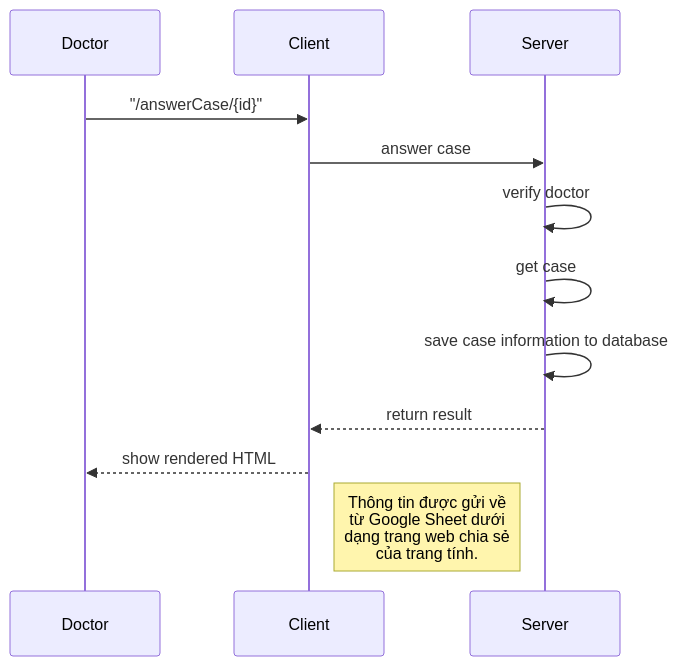
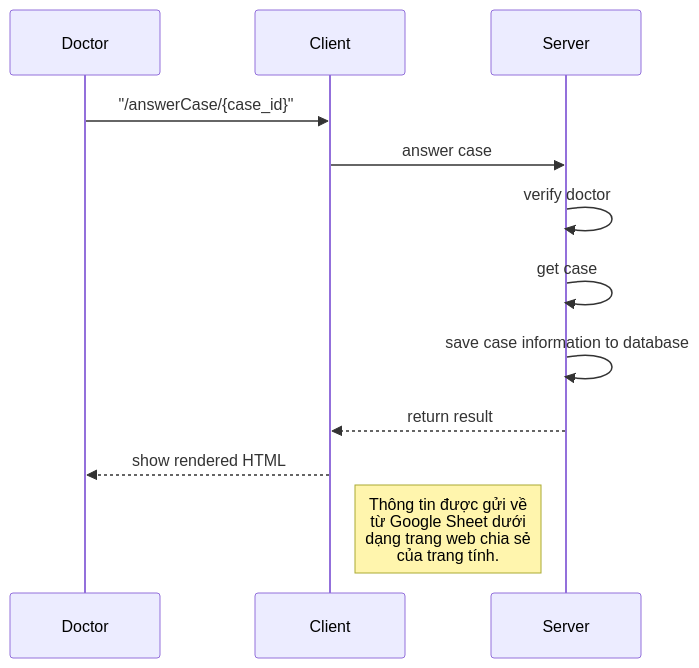
One commit to itvkist/infectious-disease changed diagram 18 of 20 in BE_README.md. Above: the diagram before and after it, drawn with Mermaid. The commit also changed other lines of this file, not shown here.

````diff
--- a/BE_README.md
+++ b/BE_README.md
@@ -528,11 +564,11 @@
 ```mermaid
 sequenceDiagram
-Doctor ->> Client: "/answerCase/{id}"
+Doctor ->> Client: "/answerCase/{case_id}"
 Client ->> Server: answer case
 Server ->> Server: verify doctor
 Server ->> Server: get case
 Server ->> Server: save case information to database
 Server-->>Client: return result
 Client -->> Doctor: show rendered HTML
 Note right of Client: Thông tin được gửi về <br/> từ Google Sheet dưới <br/> dạng trang web chia sẻ <br/> của trang tính.
 ```
````
